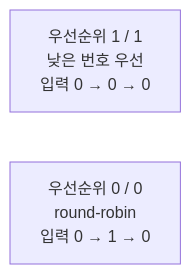
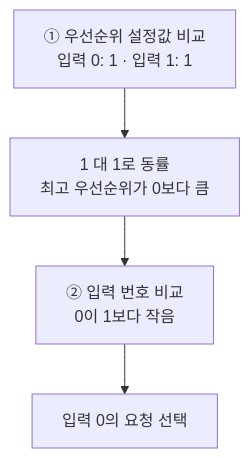
The third of 5 diagrams in content/posts/last-stock-ordering.md (owencity/owencity.github.io), drawn with Mermaid before and after one commit. The commit also changed other lines of this file and 1 other file, not shown here.

Commit message:
docs: 입력 번호와 우선순위 비교를 그림으로 설명

````diff
--- a/content/posts/last-stock-ordering.md
+++ b/content/posts/last-stock-ordering.md
@@ -49,6 +60,6 @@
 ```mermaid
-flowchart TB
-    fixed["우선순위 1 / 1<br/>낮은 번호 우선<br/>입력 0 → 0 → 0"]
-    rotation["우선순위 0 / 0<br/>round-robin<br/>입력 0 → 1 → 0"]
-    fixed ~~~ rotation
+flowchart TD
+    priority["① 우선순위 설정값 비교<br/>입력 0: 1 · 입력 1: 1"] --> tie["1 대 1로 동률<br/>최고 우선순위가 0보다 큼"]
+    tie --> number["② 입력 번호 비교<br/>0이 1보다 작음"]
+    number --> result["입력 0의 요청 선택"]
 ```
````
